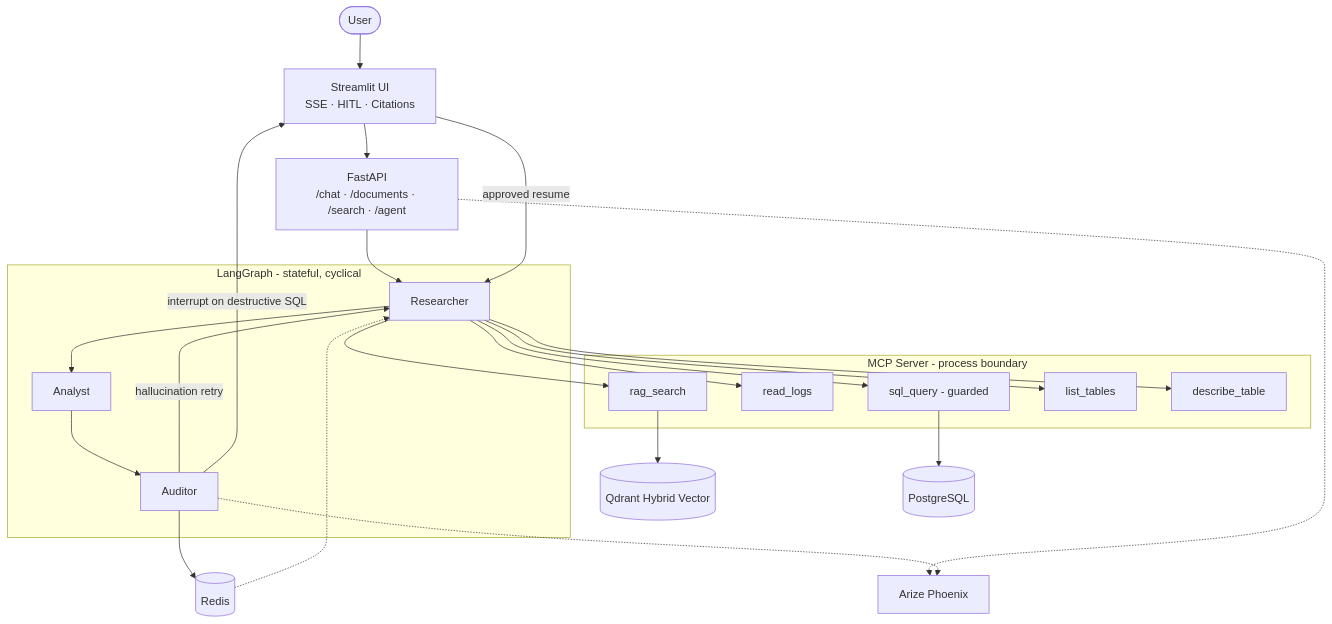
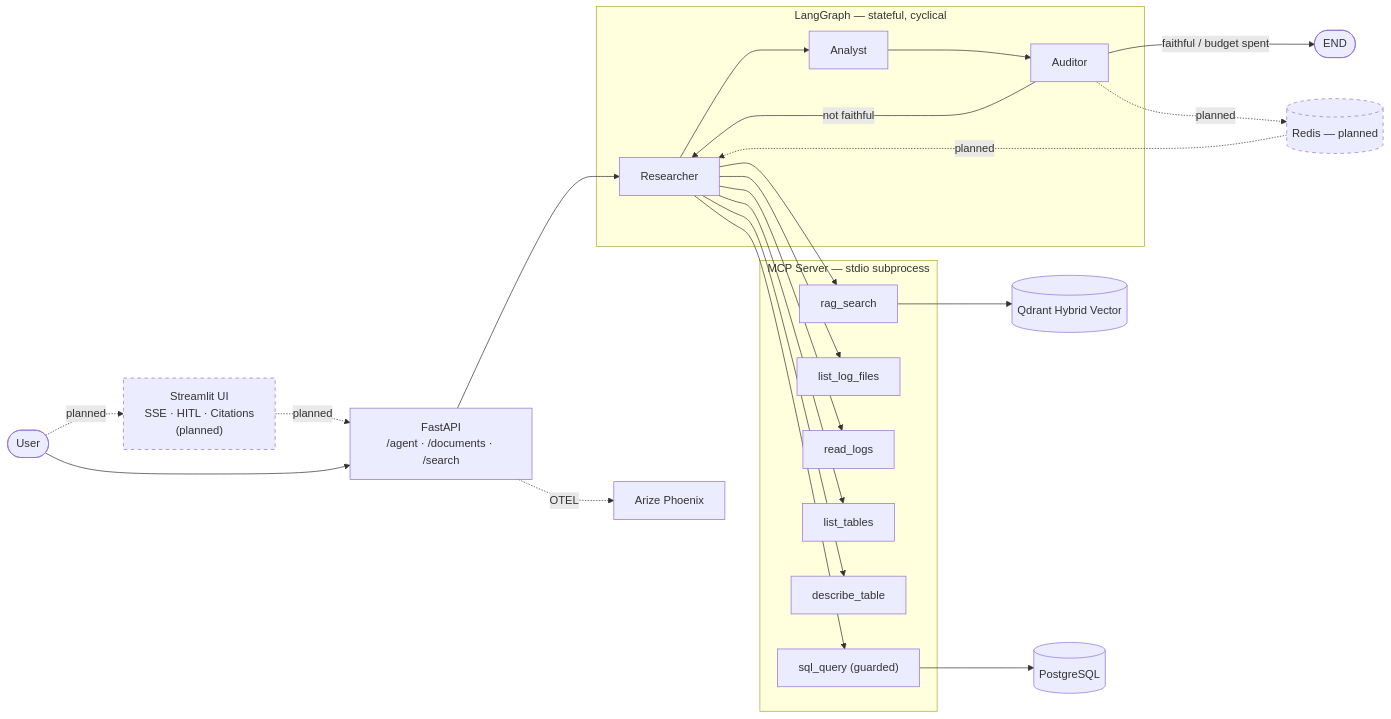
The diagram in README.md (Melce-AI/agentic-rag), drawn with Mermaid before and after one commit.

Commit message:
fix(docs): update system topology diagram and clarify planned components

````diff
--- a/README.md
+++ b/README.md
@@ -29,44 +29,45 @@
 ```mermaid
-flowchart TD
+flowchart LR
     User([User])
-    UI["Streamlit UI\nSSE · HITL · Citations"]
-    API["FastAPI\n/chat · /documents · /search · /agent"]
+    UI["Streamlit UI\nSSE · HITL · Citations\n(planned)"]:::planned
+    API["FastAPI\n/agent · /documents · /search"]
 
-    subgraph lg [LangGraph - stateful, cyclical]
+    subgraph lg [LangGraph — stateful, cyclical]
         R[Researcher]
         An[Analyst]
         Au[Auditor]
     end
 
-    subgraph mcp [MCP Server - process boundary]
+    subgraph mcp [MCP Server — stdio subprocess]
         TS[rag_search]
-        TL[read_logs]
-        TQ[sql_query - guarded]
-        TLT[list_tables]
-        TD[describe_table]
+        LL[list_log_files]
+        RL[read_logs]
+        LT[list_tables]
+        DT[describe_table]
+        SQ["sql_query (guarded)"]
     end
 
-    Redis[(Redis)]
     Qdrant[(Qdrant Hybrid Vector)]
     PG[(PostgreSQL)]
     Phoenix[Arize Phoenix]
+    Redis[(Redis — planned)]:::planned
 
-    User --> UI
-    UI --> API
-    API --> R
+    User -. planned .-> UI
+    UI -. planned .-> API
+    User --> API --> R
     R --> An --> Au
-    Au -->|hallucination retry| R
-    Au -->|interrupt on destructive SQL| UI
-    UI -->|approved resume| R
-    Au --> Redis
-    Redis -.-> R
-    R --> TS
-    R --> TL
-    R --> TQ
-    R --> TLT
-    R --> TD
+    Au -->|not faithful| R
+    Au -->|faithful / budget spent| END([END])
+
+    R --> TS & LL & RL & LT & DT & SQ
+
     TS --> Qdrant
-    TQ --> PG
-    API -.-> Phoenix
-    Au -.-> Phoenix
+    SQ --> PG
+
+    API -.->|OTEL| Phoenix
+
+    Au -. planned .-> Redis
+    Redis -. planned .-> R
+
+    classDef planned stroke-dasharray: 5 5
 ```
````
